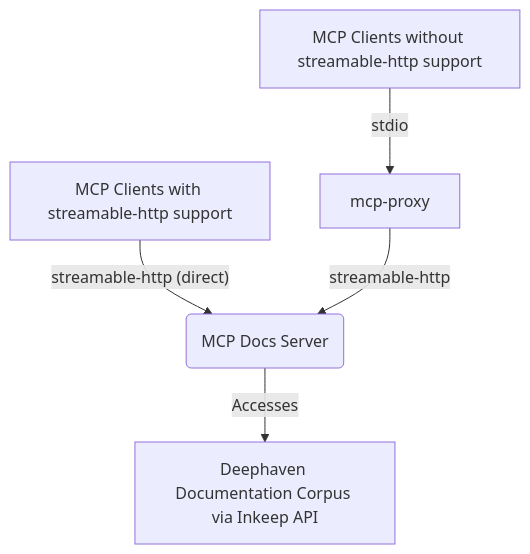
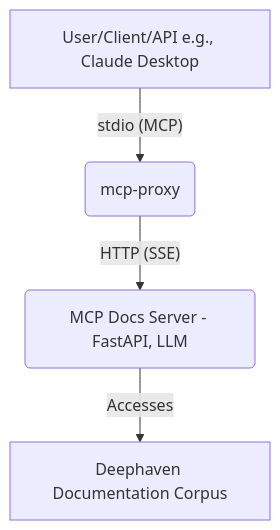
One commit to deephaven/deephaven-mcp changed the second of 2 diagrams in README.md. Above: the diagram before and after it, drawn with Mermaid. The commit also changed other lines of this file, not shown here.

First line of the commit message:
feat: adds Windsurf MCP server setup instructions

````diff
--- a/README.md
+++ b/README.md
@@ -71,7 +54,6 @@
 ```mermaid
 graph TD
-    A[MCP Clients with streamable-http support] -- streamable-http (direct) --> B(MCP Docs Server);
-    C[MCP Clients without streamable-http support] -- stdio --> D[mcp-proxy];
-    D -- streamable-http --> B;
-    B -- Accesses --> E[Deephaven Documentation Corpus via Inkeep API];
+    A[User/Client/API e.g., Claude Desktop] -- stdio (MCP) --> PROXY(mcp-proxy);
+    PROXY -- HTTP (SSE) --> B(MCP Docs Server - FastAPI, LLM);
+    B -- Accesses --> C[Deephaven Documentation Corpus];
 ```
````
